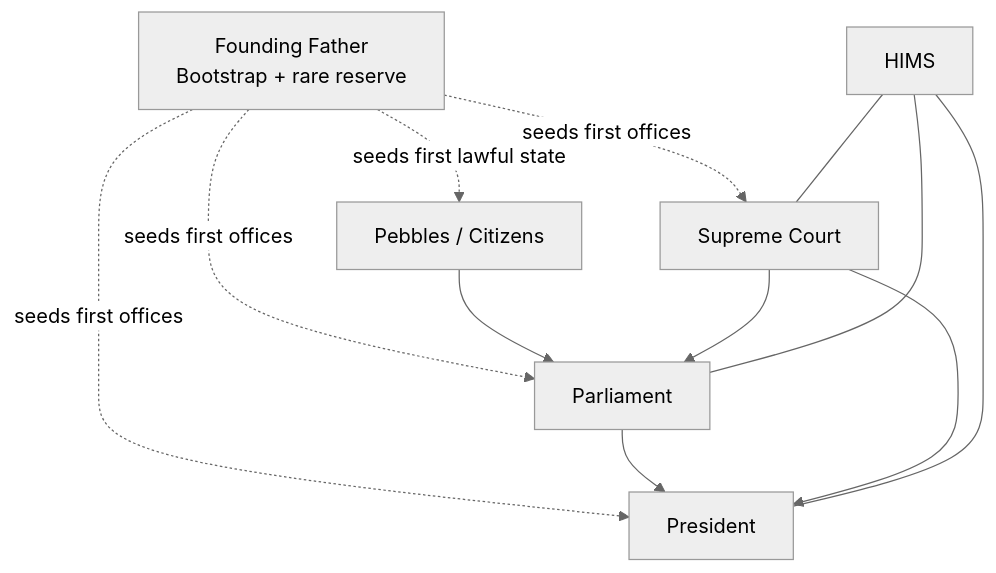
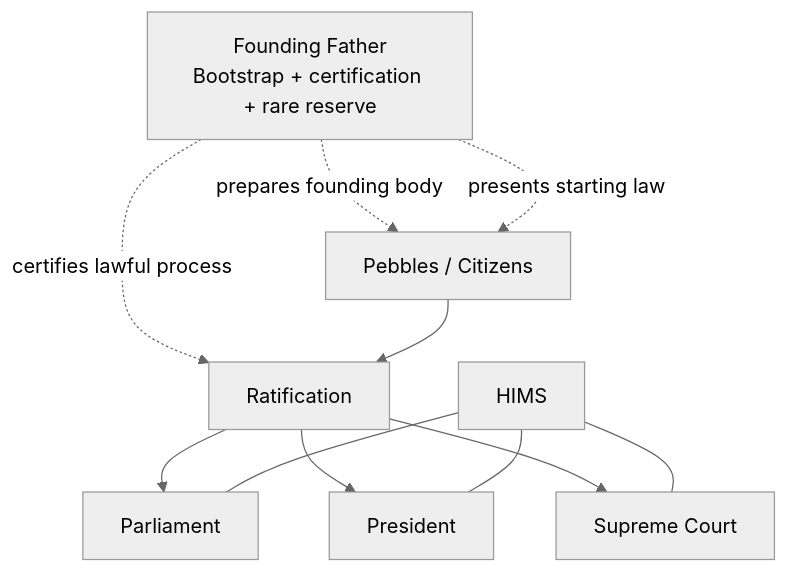
One commit to DylanLRPollock/Monkey-Head-Project changed the third of 4 diagrams in README.md. Above: the diagram before and after it, drawn with Mermaid (neutral theme). The commit also changed other lines of this file, not shown here.

````diff
--- a/README.md
+++ b/README.md
@@ -265,15 +462,13 @@
 ```mermaid
 flowchart TB
-    FF[Founding Father\nBootstrap + rare reserve] -. seeds first lawful state .-> CIT[Pebbles / Citizens]
-    FF -. seeds first offices .-> PAR[Parliament]
-    FF -. seeds first offices .-> PRE[President]
-    FF -. seeds first offices .-> SC[Supreme Court]
-
-    CIT --> PAR
-    PAR --> PRE
-    SC --> PAR
-    SC --> PRE
+    FF[Founding Father\nBootstrap + certification + rare reserve] -. prepares founding body .-> CIT[Pebbles / Citizens]
+    FF -. presents starting law .-> CIT
+    FF -. certifies lawful process .-> RAT[Ratification]
+    CIT --> RAT
+    RAT --> PAR[Parliament]
+    RAT --> PRE[President]
+    RAT --> SC[Supreme Court]
     HIMS[HIMS] --- PAR
     HIMS --- PRE
     HIMS --- SC
 ```
````
